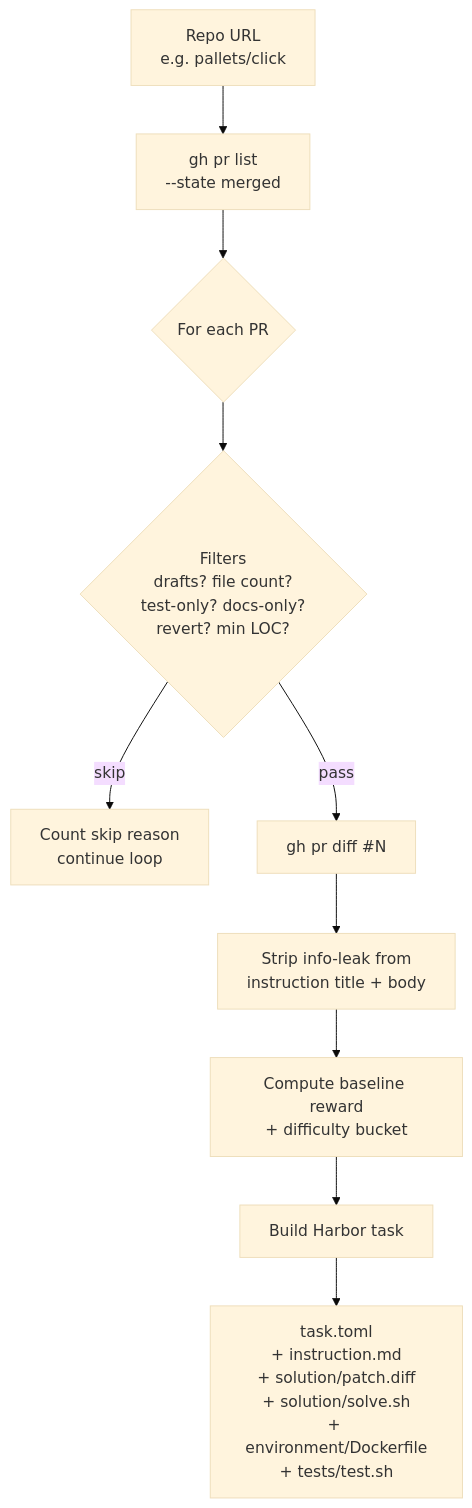
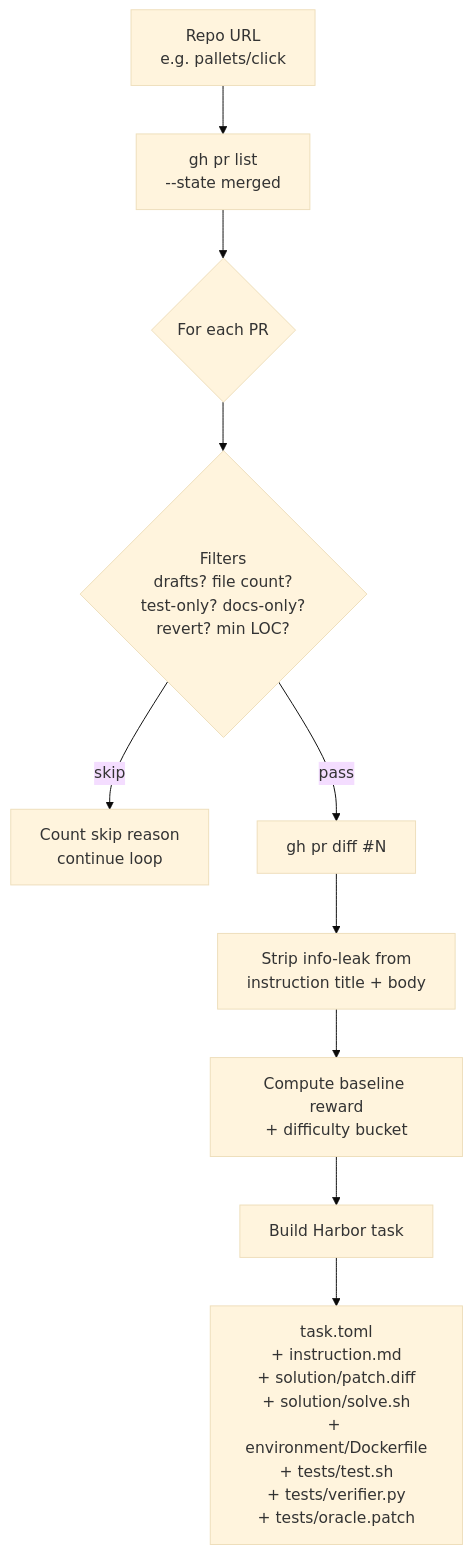
Before and after one commit to huggingface/Repo2RLEnv: the diagram in docs/pipelines/pr_diff.md, drawn with Mermaid (base theme). The commit also changed other lines of this file and 7 other files, not shown here.

First line of the commit message:
pr_diff: ship oracle + verifier via tests/, not baked in image

````diff
--- a/docs/pipelines/pr_diff.md
+++ b/docs/pipelines/pr_diff.md
@@ -19,12 +19,12 @@
 ```mermaid
 flowchart TD
     A[Repo URL<br/>e.g. pallets/click] --> B[gh pr list<br/>--state merged]
     B --> C{For each PR}
     C --> D{Filters<br/>drafts? file count?<br/>test-only? docs-only?<br/>revert? min LOC?}
     D -- skip --> Z[Count skip reason<br/>continue loop]
     D -- pass --> E[gh pr diff #N]
     E --> F[Strip info-leak from<br/>instruction title + body]
     F --> G[Compute baseline reward<br/>+ difficulty bucket]
     G --> H[Build Harbor task]
-    H --> I[task.toml<br/>+ instruction.md<br/>+ solution/patch.diff<br/>+ solution/solve.sh<br/>+ environment/Dockerfile<br/>+ tests/test.sh]
+    H --> I[task.toml<br/>+ instruction.md<br/>+ solution/patch.diff<br/>+ solution/solve.sh<br/>+ environment/Dockerfile<br/>+ tests/test.sh<br/>+ tests/verifier.py<br/>+ tests/oracle.patch]
 ```
````
